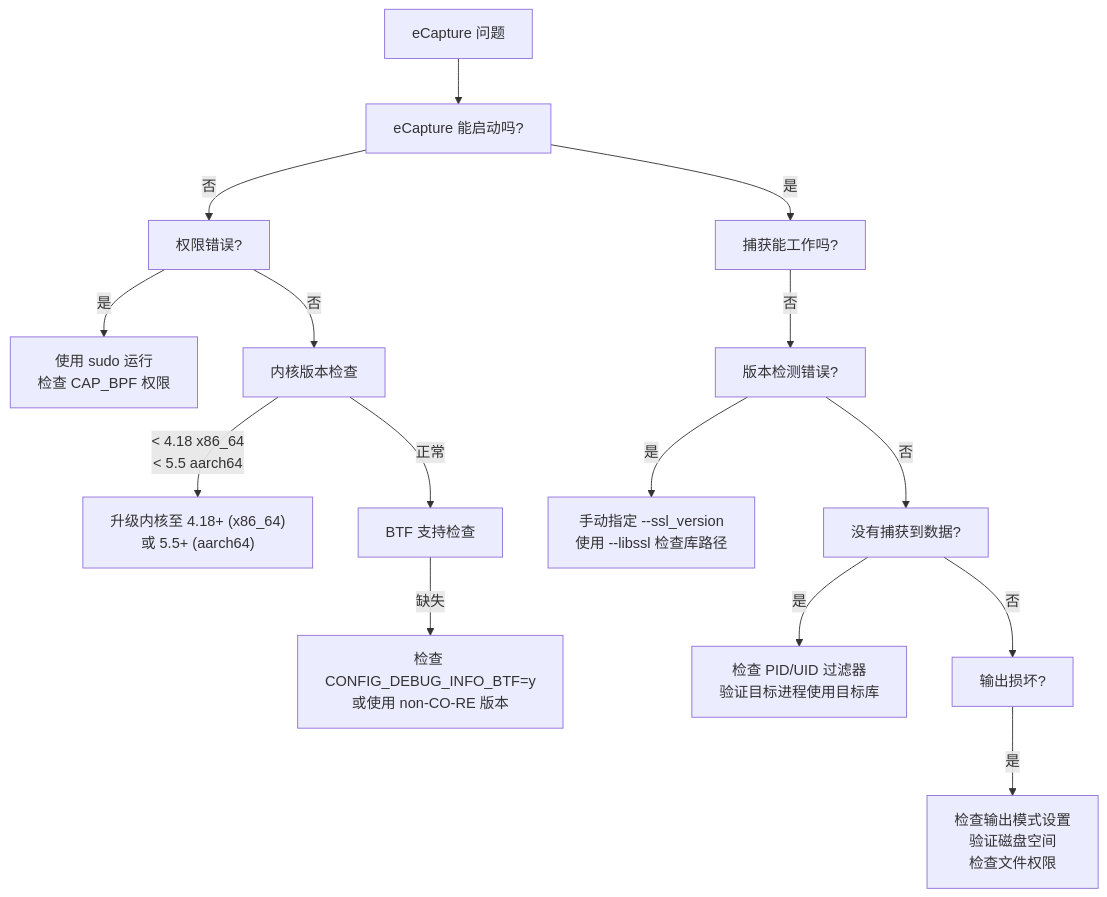
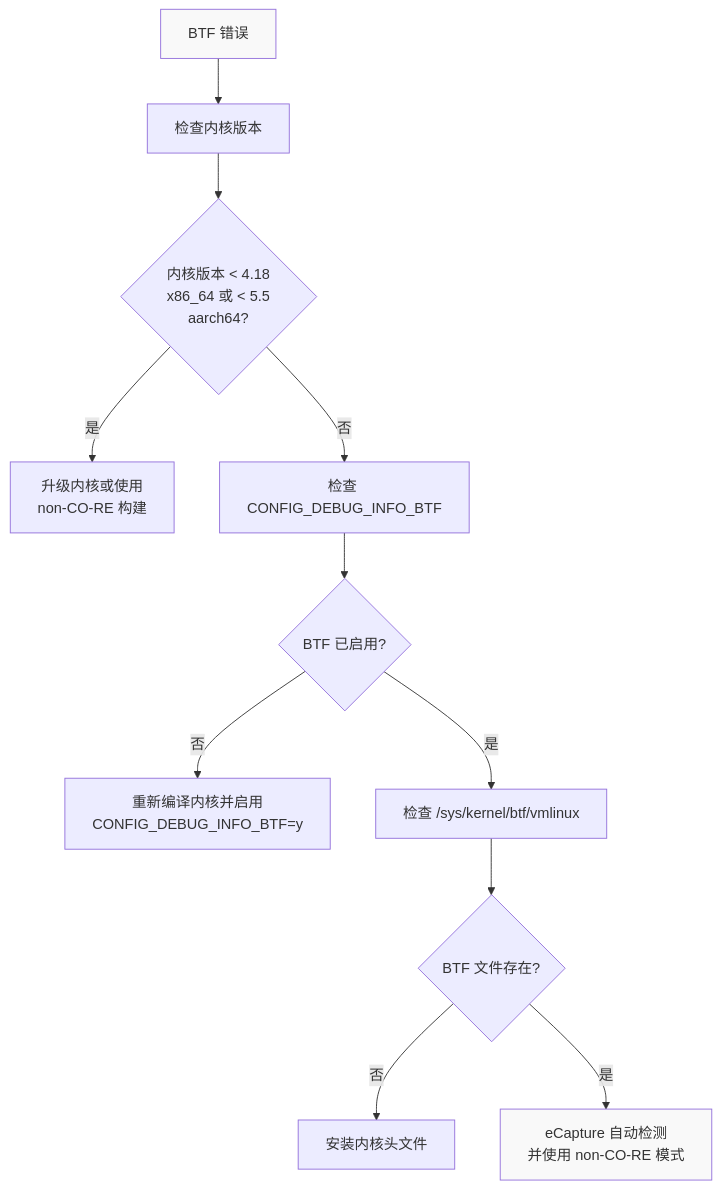
Before and after one commit to gojue/ecapture.cc: the first of 10 diagrams in src/zh/6-troubleshooting-and-faq/index.md, drawn with Mermaid. The commit also changed other lines of this file and 115 other files, not shown here.

````diff
--- a/src/zh/6-troubleshooting-and-faq/index.md
+++ b/src/zh/6-troubleshooting-and-faq/index.md
@@ -11,38 +21,16 @@
 ```mermaid
 graph TB
-    START["eCapture 问题"]
+    Start["BTF 错误"] --> CheckKernel["检查内核版本"]
+    CheckKernel --> IsOld{内核版本 < 4.18<br/>x86_64 或 < 5.5<br/>aarch64?}
+    IsOld -->|是| Upgrade["升级内核或使用<br/>non-CO-RE 构建"]
+    IsOld -->|否| CheckConfig["检查 CONFIG_DEBUG_INFO_BTF"]
+    CheckConfig --> ConfigOK{BTF 已启用?}
+    ConfigOK -->|否| Recompile["重新编译内核并启用<br/>CONFIG_DEBUG_INFO_BTF=y"]
+    ConfigOK -->|是| CheckFiles["检查 /sys/kernel/btf/vmlinux"]
+    CheckFiles --> FilesExist{BTF 文件存在?}
+    FilesExist -->|否| InstallHeaders["安装内核头文件"]
+    FilesExist -->|是| AutoDetect["eCapture 自动检测<br/>并使用 non-CO-RE 模式"]
     
-    STARTS["eCapture 能启动吗?"]
-    PERM["权限错误?"]
-    KERNEL["内核版本检查"]
-    BTF["BTF 支持检查"]
-    
-    CAPTURE["捕获能工作吗?"]
-    VERSION["版本检测错误?"]
-    NODATA["没有捕获到数据?"]
-    CORRUPT["输出损坏?"]
-    
-    PERM_FIX["使用 sudo 运行<br/>检查 CAP_BPF 权限"]
-    KERNEL_FIX["升级内核至 4.18+ (x86_64)<br/>或 5.5+ (aarch64)"]
-    BTF_FIX["检查 CONFIG_DEBUG_INFO_BTF=y<br/>或使用 non-CO-RE 版本"]
-    
-    VERSION_FIX["手动指定 --ssl_version<br/>使用 --libssl 检查库路径"]
-    NODATA_FIX["检查 PID/UID 过滤器<br/>验证目标进程使用目标库"]
-    CORRUPT_FIX["检查输出模式设置<br/>验证磁盘空间<br/>检查文件权限"]
-    
-    START --> STARTS
-    STARTS -->|否| PERM
-    PERM -->|是| PERM_FIX
-    PERM -->|否| KERNEL
-    KERNEL -->|< 4.18 x86_64<br/>< 5.5 aarch64| KERNEL_FIX
-    KERNEL -->|正常| BTF
-    BTF -->|缺失| BTF_FIX
-    
-    STARTS -->|是| CAPTURE
-    CAPTURE -->|否| VERSION
-    VERSION -->|是| VERSION_FIX
-    VERSION -->|否| NODATA
-    NODATA -->|是| NODATA_FIX
-    NODATA -->|否| CORRUPT
-    CORRUPT -->|是| CORRUPT_FIX
+    style Start fill:#f9f9f9
+    style AutoDetect fill:#f9f9f9
 ```
````
